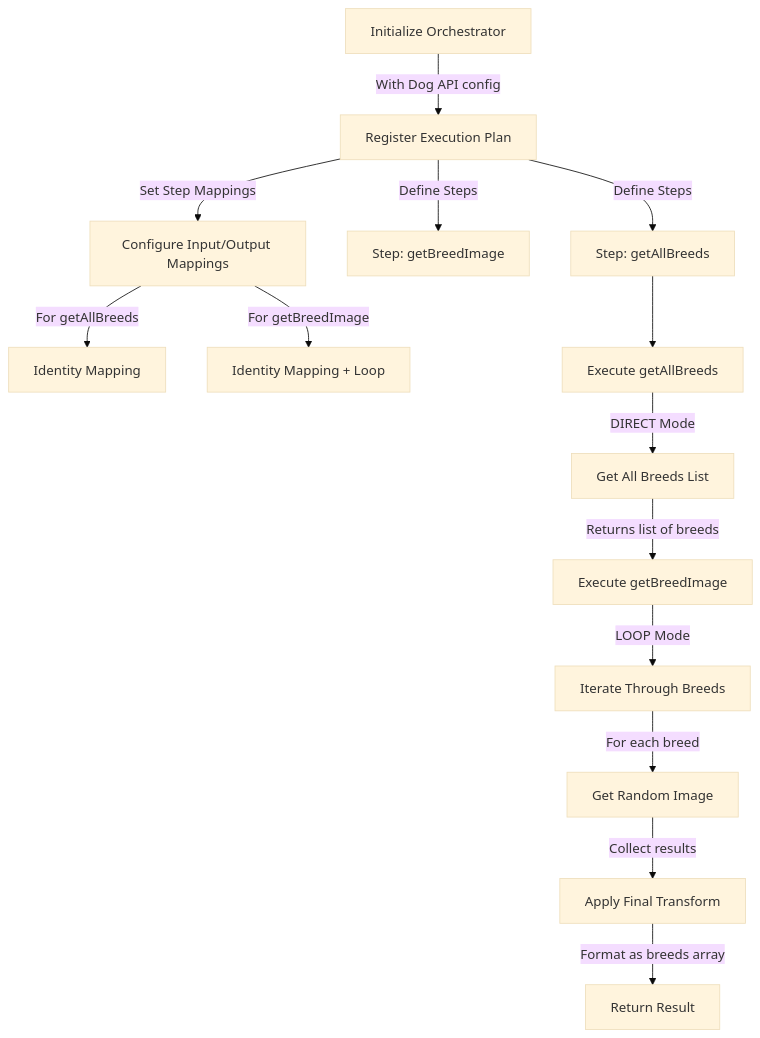
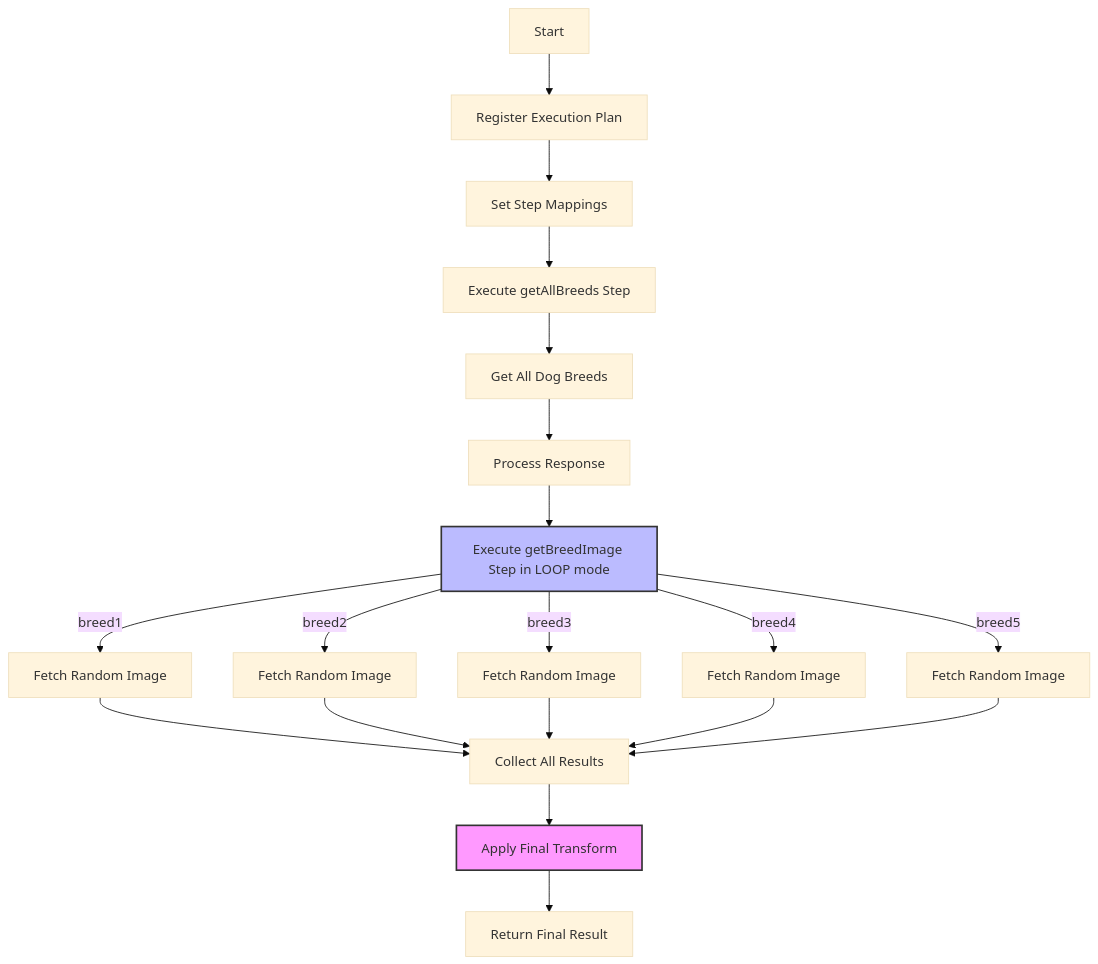
One commit to superglue-ai/superglue changed the fourth of 4 diagrams in packages/core/components/workflow/README.md. Above: the diagram before and after it, drawn with Mermaid (base theme). The commit also changed other lines of this file, not shown here.

````diff
--- a/packages/core/components/workflow/README.md
+++ b/packages/core/components/workflow/README.md
@@ -171,16 +113,27 @@
 ```mermaid
 flowchart TD
-    A[Initialize Orchestrator] -->|With Dog API config| B[Register Execution Plan]
-    B -->|Define Steps| C[Step: getAllBreeds]
-    B -->|Define Steps| D[Step: getBreedImage]
-    B -->|Set Step Mappings| E[Configure Input/Output Mappings]
-    E -->|For getAllBreeds| F[Identity Mapping]
-    E -->|For getBreedImage| G[Identity Mapping + Loop]
-    C --> H[Execute getAllBreeds]
-    H -->|DIRECT Mode| I[Get All Breeds List]
-    I -->|Returns list of breeds| J[Execute getBreedImage]
-    J -->|LOOP Mode| K[Iterate Through Breeds]
-    K -->|For each breed| L[Get Random Image]
-    L -->|Collect results| M[Apply Final Transform]
-    M -->|Format as breeds array| N[Return Result]
+    A[Start] --> B[Register Execution Plan]
+    B --> C[Set Step Mappings]
+    C --> D[Execute getAllBreeds Step]
+    D --> E[Get All Dog Breeds]
+    E --> F[Process Response]
+    F --> G[Execute getBreedImage Step in LOOP mode]
+    
+    G --> |breed1| H1[Fetch Random Image]
+    G --> |breed2| H2[Fetch Random Image]
+    G --> |breed3| H3[Fetch Random Image]
+    G --> |breed4| H4[Fetch Random Image]
+    G --> |breed5| H5[Fetch Random Image]
+    
+    H1 --> I[Collect All Results]
+    H2 --> I
+    H3 --> I
+    H4 --> I
+    H5 --> I
+    
+    I --> J[Apply Final Transform]
+    J --> K[Return Final Result]
+    
+    style G fill:#bbf,stroke:#333,stroke-width:2px
+    style J fill:#f9f,stroke:#333,stroke-width:2px
 ```
````
